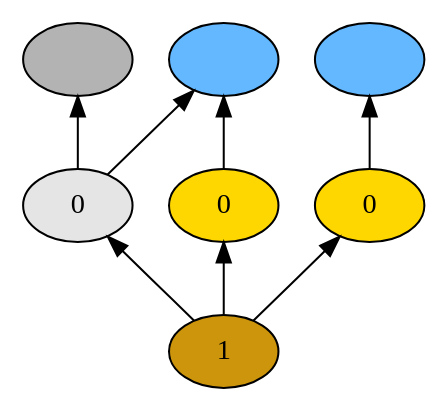
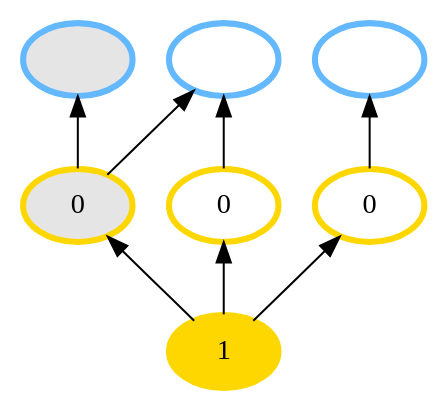
One commit to probcomp/Venturecxx changed the diagram in backend/cxx/pdf_graphs/tutorial_1/dot14.dot. Above: the diagram before and after it, drawn with Graphviz. The commit also changed 54 other files, not shown here.

```diff
--- a/backend/cxx/pdf_graphs/tutorial_1/dot14.dot
+++ b/backend/cxx/pdf_graphs/tutorial_1/dot14.dot
@@ -1,18 +1,18 @@
 digraph {
 rankdir=BT
 fontsize=24
-1["shape" ="ellipse" "style" ="filled" "fillcolor" ="darkgoldenrod3" "label" ="1" ]
-2["shape" ="ellipse" "style" ="filled" "fillcolor" ="grey90" "label" ="0" ]
-3["shape" ="ellipse" "style" ="filled" "fillcolor" ="gold" "label" ="0" ]
-4["shape" ="ellipse" "style" ="filled" "fillcolor" ="gold" "label" ="0" ]
-5["shape" ="ellipse" "style" ="filled" "fillcolor" ="grey70" "label" ="" ]
-6["shape" ="ellipse" "style" ="filled" "fillcolor" ="steelblue1" "label" ="" ]
-7["shape" ="ellipse" "style" ="filled" "fillcolor" ="steelblue1" "label" ="" ]
+1["style" ="filled" "color" ="gold" "label" ="1" "shape" ="ellipse" "fillcolor" ="gold" "penwidth" ="3" ]
+2["style" ="filled" "color" ="gold" "label" ="0" "shape" ="ellipse" "fillcolor" ="grey90" "penwidth" ="3" ]
+3["style" ="filled" "color" ="gold" "label" ="0" "shape" ="ellipse" "fillcolor" ="white" "penwidth" ="3" ]
+4["style" ="filled" "color" ="gold" "label" ="0" "shape" ="ellipse" "fillcolor" ="white" "penwidth" ="3" ]
+5["style" ="filled" "color" ="steelblue1" "label" ="" "shape" ="ellipse" "fillcolor" ="grey90" "penwidth" ="3" ]
+6["style" ="filled" "color" ="steelblue1" "label" ="" "shape" ="ellipse" "fillcolor" ="white" "penwidth" ="3" ]
+7["style" ="filled" "color" ="steelblue1" "label" ="" "shape" ="ellipse" "fillcolor" ="white" "penwidth" ="3" ]
 1 -> 2["color" ="black" "style" ="solid" "arrowhead" ="normal" ]
 1 -> 3["color" ="black" "style" ="solid" "arrowhead" ="normal" ]
 1 -> 4["color" ="black" "style" ="solid" "arrowhead" ="normal" ]
 2 -> 5["color" ="black" "style" ="solid" "arrowhead" ="normal" ]
 2 -> 6["color" ="black" "style" ="solid" "arrowhead" ="normal" ]
 3 -> 6["color" ="black" "style" ="solid" "arrowhead" ="normal" ]
 4 -> 7["color" ="black" "style" ="solid" "arrowhead" ="normal" ]
 }
```
